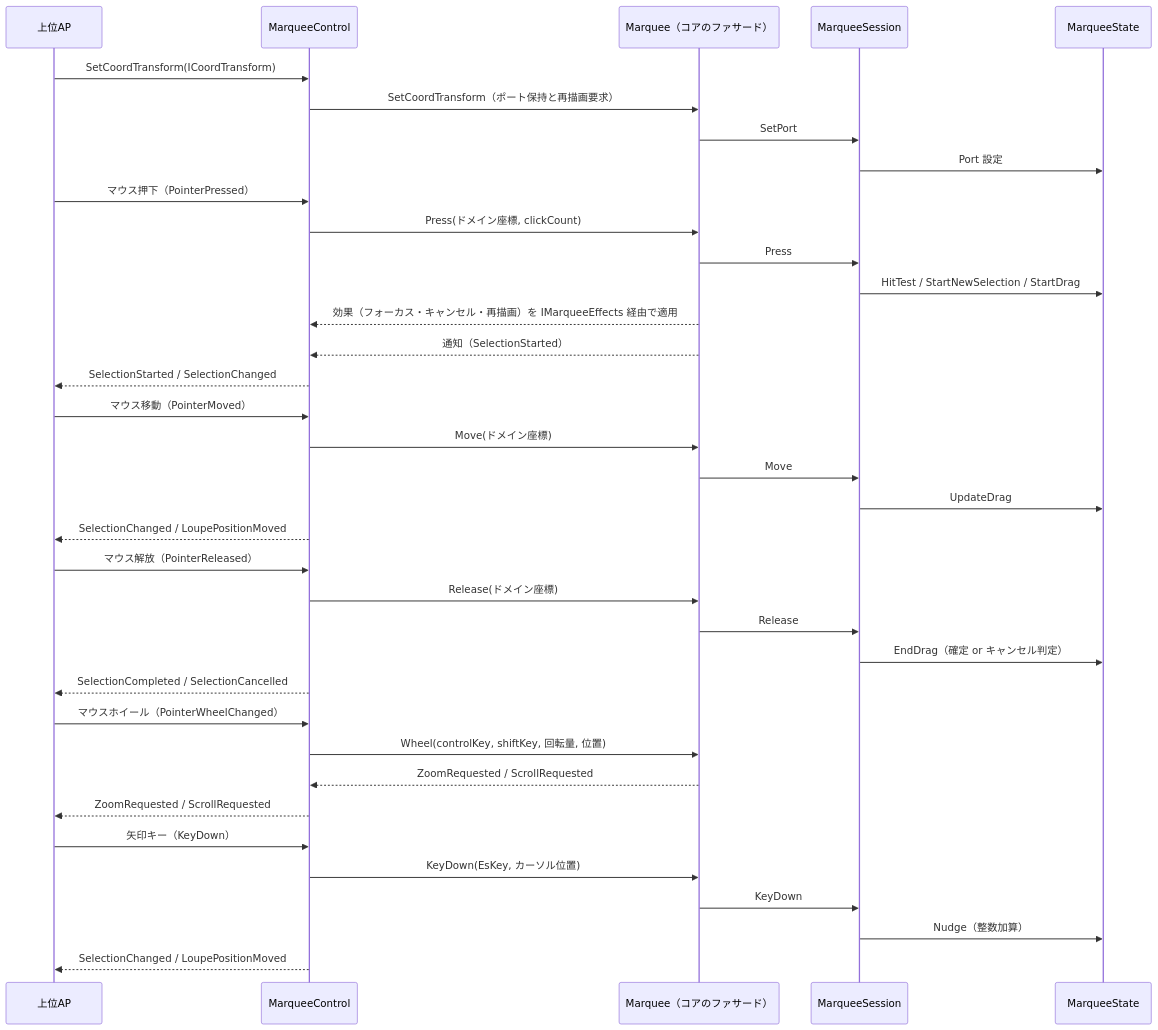
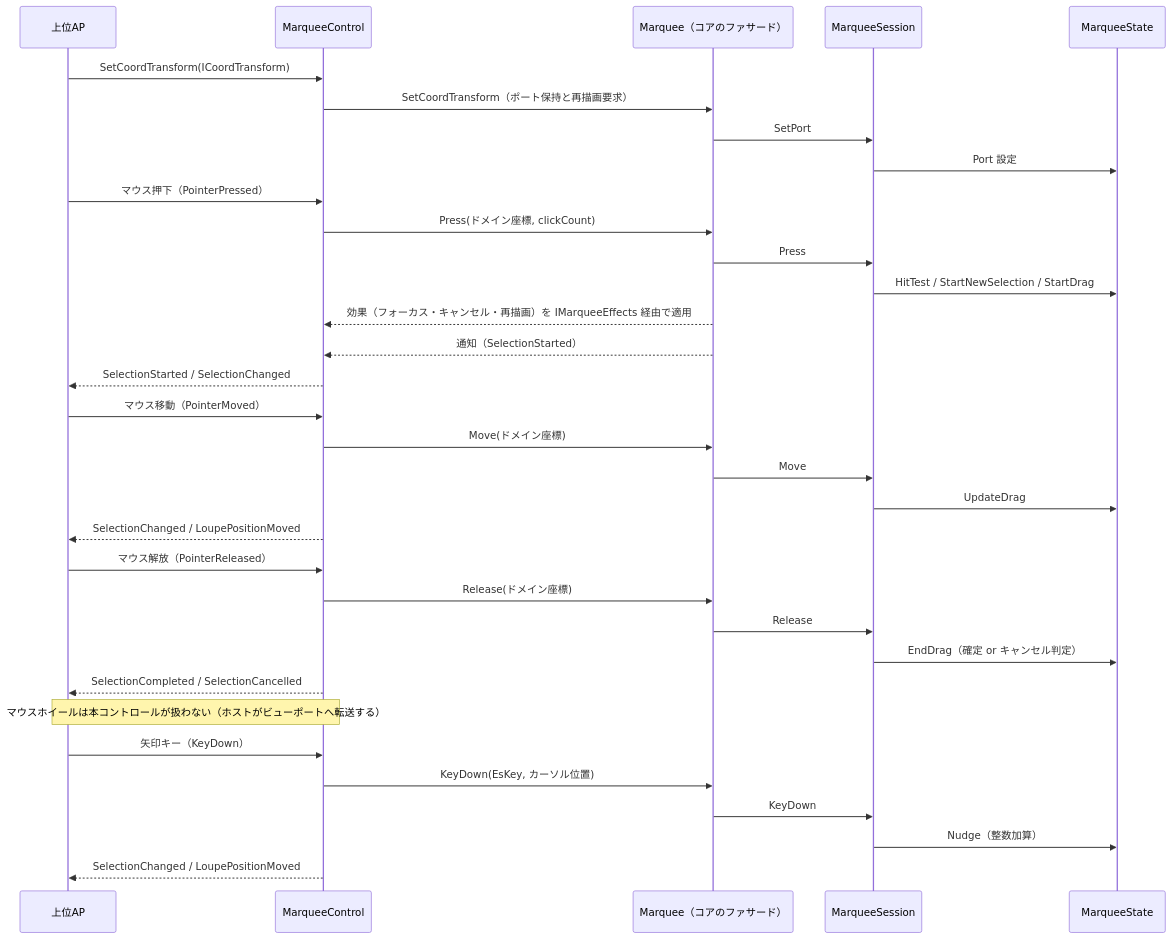
One commit to tomokuni/SaveEvidence changed the second of 2 diagrams in src/MarqueeControl.AvaloniaUI/SPEC_System.md. Above: the diagram before and after it, drawn with Mermaid. The commit also changed other lines of this file and 11 other files, not shown here.

````diff
--- a/src/MarqueeControl.AvaloniaUI/SPEC_System.md
+++ b/src/MarqueeControl.AvaloniaUI/SPEC_System.md
@@ -287,44 +287,41 @@
 ```mermaid
 sequenceDiagram
     participant AP as 上位AP
     participant Ctl as MarqueeControl
     participant Fac as Marquee（コアのファサード）
     participant Ses as MarqueeSession
     participant Stt as MarqueeState
 
     AP->>Ctl: SetCoordTransform(ICoordTransform)
     Ctl->>Fac: SetCoordTransform（ポート保持と再描画要求）
     Fac->>Ses: SetPort
     Ses->>Stt: Port 設定
 
     AP->>Ctl: マウス押下（PointerPressed）
     Ctl->>Fac: Press(ドメイン座標, clickCount)
     Fac->>Ses: Press
     Ses->>Stt: HitTest / StartNewSelection / StartDrag
     Fac-->>Ctl: 効果（フォーカス・キャンセル・再描画）を IMarqueeEffects 経由で適用
     Fac-->>Ctl: 通知（SelectionStarted）
     Ctl-->>AP: SelectionStarted / SelectionChanged
 
     AP->>Ctl: マウス移動（PointerMoved）
     Ctl->>Fac: Move(ドメイン座標)
     Fac->>Ses: Move
     Ses->>Stt: UpdateDrag
     Ctl-->>AP: SelectionChanged / LoupePositionMoved
 
     AP->>Ctl: マウス解放（PointerReleased）
     Ctl->>Fac: Release(ドメイン座標)
     Fac->>Ses: Release
     Ses->>Stt: EndDrag（確定 or キャンセル判定）
     Ctl-->>AP: SelectionCompleted / SelectionCancelled
 
-    AP->>Ctl: マウスホイール（PointerWheelChanged）
-    Ctl->>Fac: Wheel(controlKey, shiftKey, 回転量, 位置)
-    Fac-->>Ctl: ZoomRequested / ScrollRequested
-    Ctl-->>AP: ZoomRequested / ScrollRequested
+    Note over Ctl,AP: マウスホイールは本コントロールが扱わない（ホストがビューポートへ転送する）
 
     AP->>Ctl: 矢印キー（KeyDown）
     Ctl->>Fac: KeyDown(EsKey, カーソル位置)
     Fac->>Ses: KeyDown
     Ses->>Stt: Nudge（整数加算）
     Ctl-->>AP: SelectionChanged / LoupePositionMoved
 ```
````
